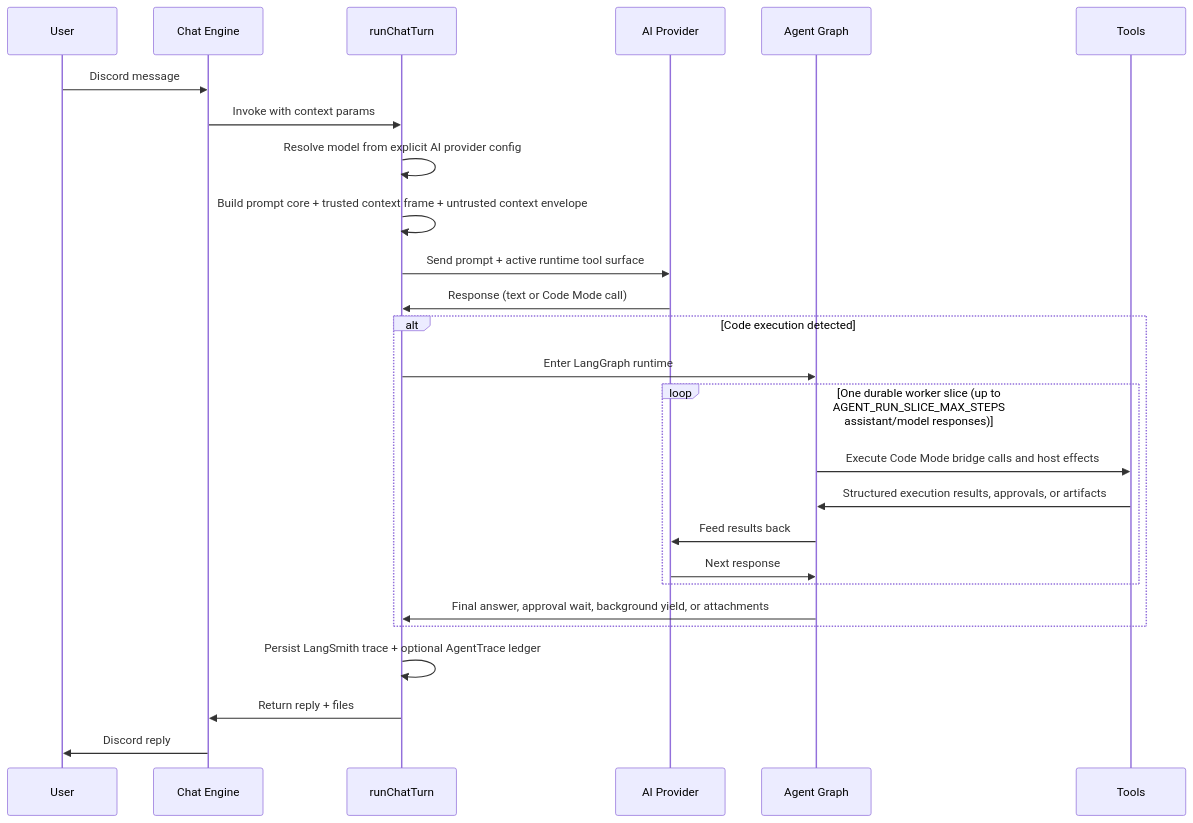
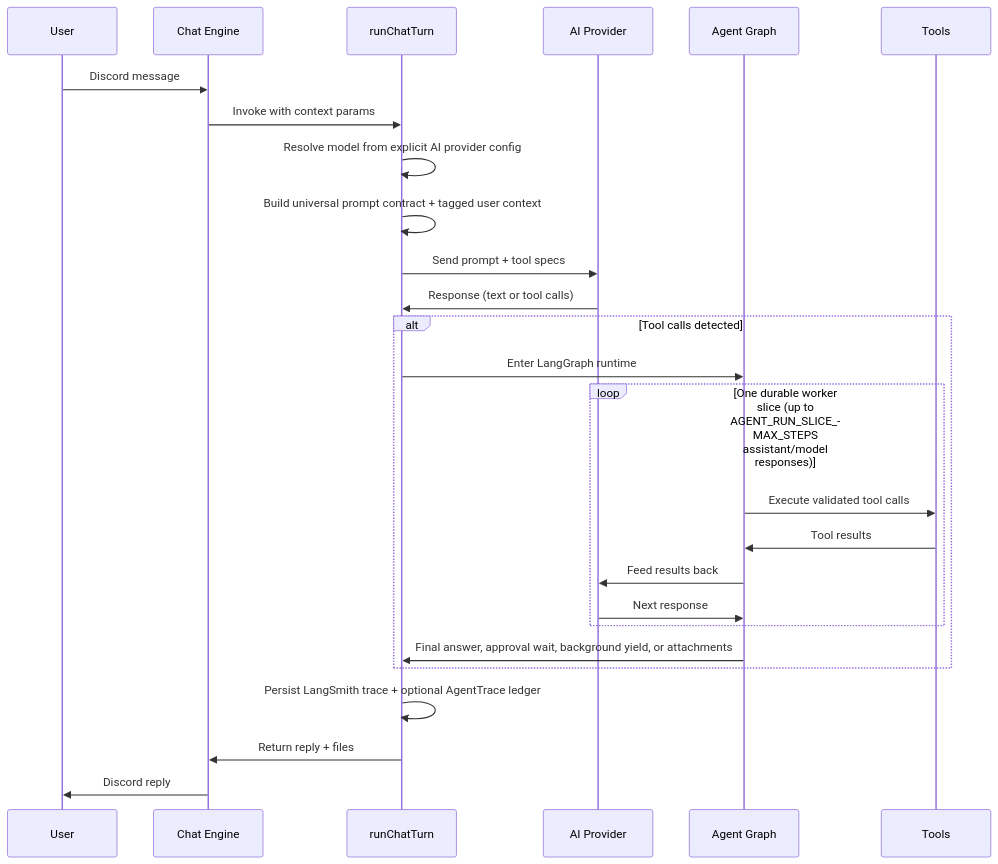
Before and after one commit to BokX1/Sage: the second of 2 diagrams in docs/architecture/OVERVIEW.md, drawn with Mermaid. The commit also changed other lines of this file and 218 other files, not shown here.

````diff
--- a/docs/architecture/OVERVIEW.md
+++ b/docs/architecture/OVERVIEW.md
@@ -96,31 +102,31 @@
 ```mermaid
 sequenceDiagram
     participant U as User
     participant CE as Chat Engine
     participant RT as runChatTurn
     participant LLM as AI Provider
     participant AG as Agent Graph
     participant T as Tools
 
     U->>CE: Discord message
     CE->>RT: Invoke with context params
     RT->>RT: Resolve model from explicit AI provider config
-    RT->>RT: Build prompt core + trusted context frame + untrusted context envelope
-    RT->>LLM: Send prompt + active runtime tool surface
-    LLM->>RT: Response (text or Code Mode call)
+    RT->>RT: Build universal prompt contract + tagged user context
+    RT->>LLM: Send prompt + tool specs
+    LLM->>RT: Response (text or tool calls)
 
-    alt Code execution detected
+    alt Tool calls detected
         RT->>AG: Enter LangGraph runtime
         loop One durable worker slice (up to AGENT_RUN_SLICE_MAX_STEPS assistant/model responses)
-            AG->>T: Execute Code Mode bridge calls and host effects
-            T->>AG: Structured execution results, approvals, or artifacts
+            AG->>T: Execute validated tool calls
+            T->>AG: Tool results
             AG->>LLM: Feed results back
             LLM->>AG: Next response
         end
         AG->>RT: Final answer, approval wait, background yield, or attachments
     end
 
     RT->>RT: Persist LangSmith trace + optional AgentTrace ledger
     RT->>CE: Return reply + files
     CE->>U: Discord reply
 ```
````
